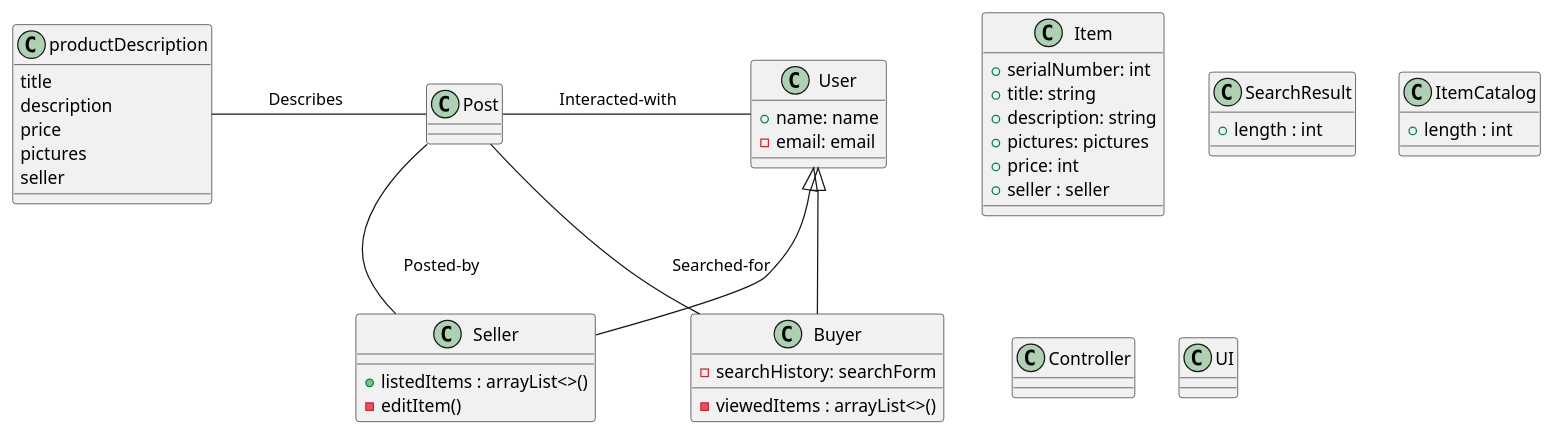
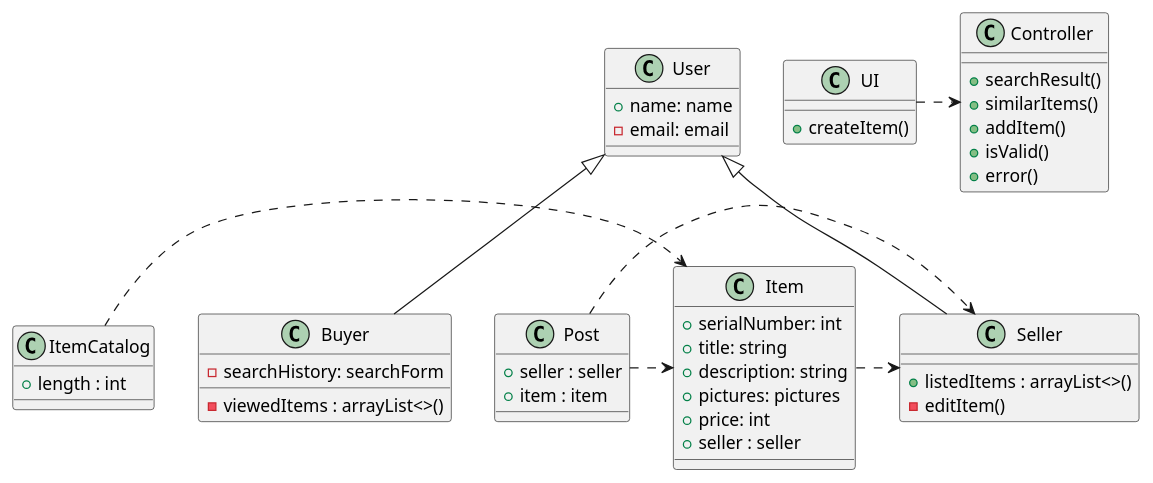
The first of 3 diagrams in Phase2/design.md (remyben-creator/Marketplace-Application), drawn with PlantUML before and after one commit.

Commit message:
Finalized Design Class Diagram

````diff
--- a/Phase2/design.md
+++ b/Phase2/design.md
@@ -1,55 +1,57 @@
 ```plantuml
 class Item{
  + serialNumber: int
  + title: string
  + description: string
  + pictures: pictures
  + price: int
  + seller : seller
 }
 class User{
  + name: name
  - email: email
 }
 
 class Seller{
  + listedItems : arrayList<>()
  - editItem()
 }
 
 class Buyer{
  - searchHistory: searchForm
  - viewedItems : arrayList<>()
 }
 
-class SearchResult {
- + length : int
-}
-
 class ItemCatalog {
  + length : int
 }
 
 class Controller {
++ searchResult()
++ similarItems()
++ addItem()
++ isValid()
++ error()
+}
+
+class UI { 
++ createItem()
 
 }
 
-class UI { 
-
+class Post {
++ seller : seller
++ item : item
 }
 User <|-- Seller
 User <|-- Buyer
+ItemCatalog .> Item
+Post .> Item
+Post .> Seller
+UI .> Controller
+Item .> Seller
 
-class productDescription{
- title
- description
- price
- pictures
- seller
-}
 
-productDescription - Post : \tDescribes\t\t
-Post - Seller : \tPosted-by\t\t
-Post - Buyer : \tSearched-for\t\t
-Post - User : \tInteracted-with\t\t
+
+
 ```
````
